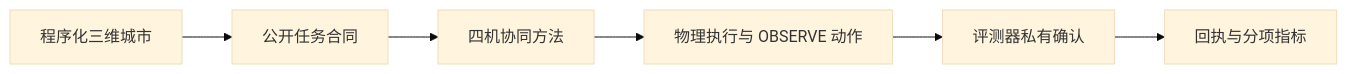
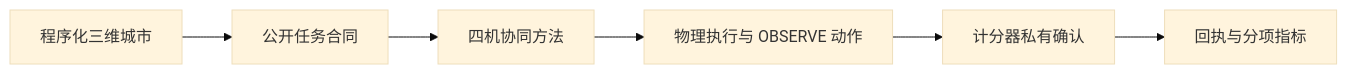
The diagram in aerocity-bench/README.zh-CN.md (yubohann/MultiAgent-Robotics-Portfolio), drawn with Mermaid (base theme) before and after one commit. The commit also changed other lines of this file and 409 other files, not shown here.

````diff
--- a/aerocity-bench/README.zh-CN.md
+++ b/aerocity-bench/README.zh-CN.md
@@ -26,8 +26,8 @@
 ```mermaid
 flowchart LR
     A[程序化三维城市] --> B[公开任务合同]
     B --> C[四机协同方法]
     C --> D[物理执行与 OBSERVE 动作]
-    D --> E[评测器私有确认]
+    D --> E[计分器私有确认]
     E --> F[回执与分项指标]
 ```
````
